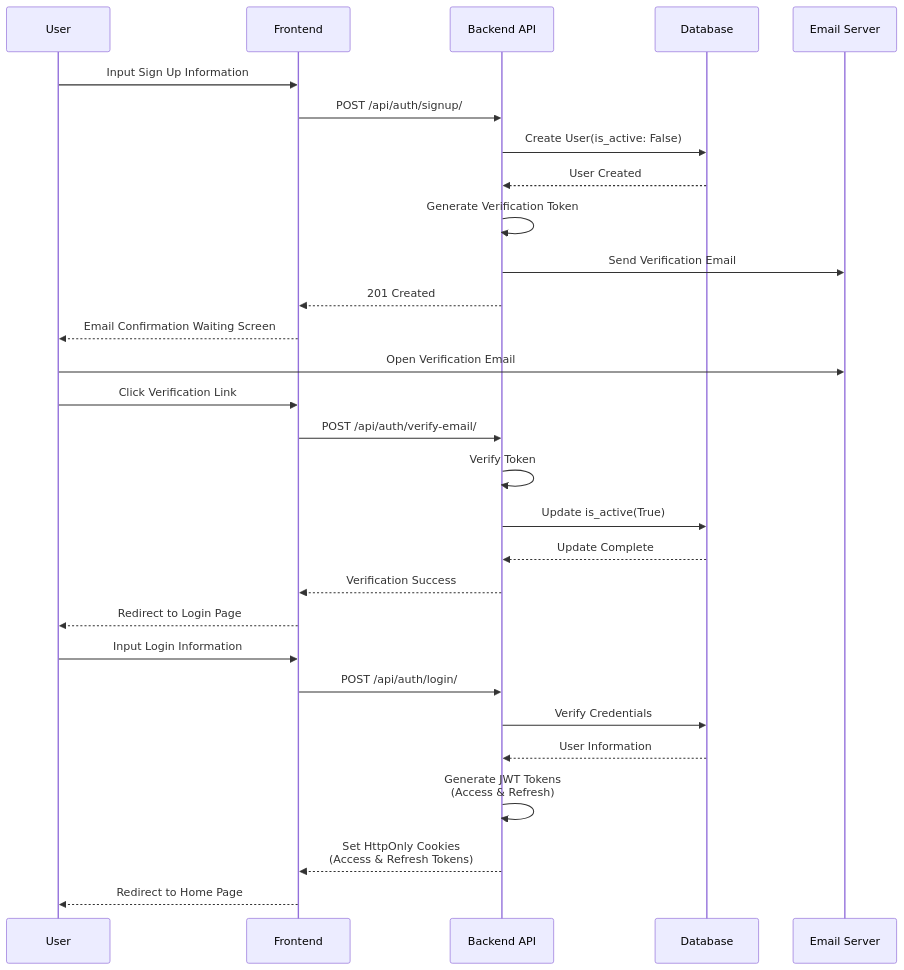
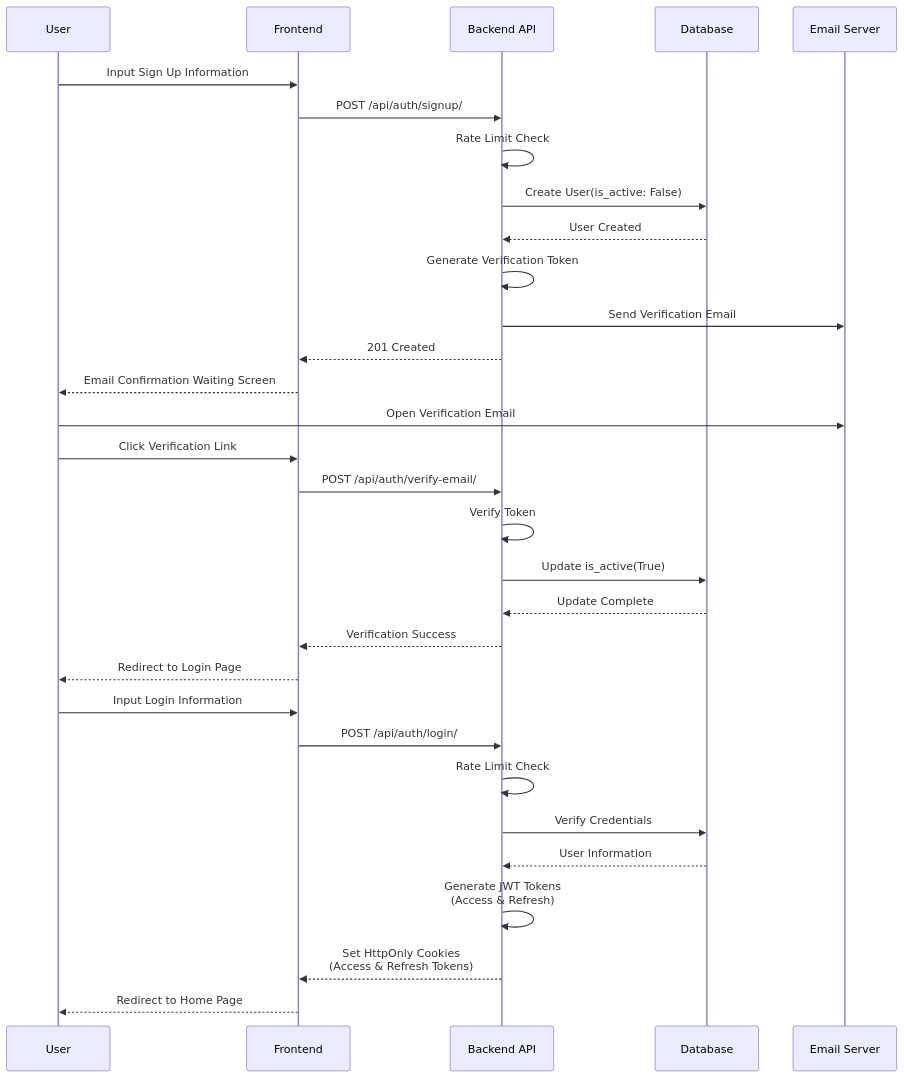
One commit to yukiharada1228/videoq changed the third of 7 diagrams in docs/design/sequence-diagram.md. Above: the diagram before and after it, drawn with Mermaid. The commit also changed other lines of this file and 7 other files, not shown here.

Commit message:
docs: update diagrams and README for rate limits, CACHE_URL, and popular scenes

````diff
--- a/docs/design/sequence-diagram.md
+++ b/docs/design/sequence-diagram.md
@@ -90,34 +91,36 @@
 ```mermaid
 sequenceDiagram
     participant User as User
     participant Frontend as Frontend
     participant Backend as Backend API
     participant DB as Database
     participant Email as Email Server
 
     User->>Frontend: Input Sign Up Information
     Frontend->>Backend: POST /api/auth/signup/
+    Backend->>Backend: Rate Limit Check
     Backend->>DB: Create User(is_active: False)
     DB-->>Backend: User Created
     Backend->>Backend: Generate Verification Token
     Backend->>Email: Send Verification Email
     Backend-->>Frontend: 201 Created
     Frontend-->>User: Email Confirmation Waiting Screen
     
     User->>Email: Open Verification Email
     User->>Frontend: Click Verification Link
     Frontend->>Backend: POST /api/auth/verify-email/
     Backend->>Backend: Verify Token
     Backend->>DB: Update is_active(True)
     DB-->>Backend: Update Complete
     Backend-->>Frontend: Verification Success
     Frontend-->>User: Redirect to Login Page
     
     User->>Frontend: Input Login Information
     Frontend->>Backend: POST /api/auth/login/
+    Backend->>Backend: Rate Limit Check
     Backend->>DB: Verify Credentials
     DB-->>Backend: User Information
     Backend->>Backend: Generate JWT Tokens<br/>(Access & Refresh)
     Backend-->>Frontend: Set HttpOnly Cookies<br/>(Access & Refresh Tokens)
     Frontend-->>User: Redirect to Home Page
 ```
````
